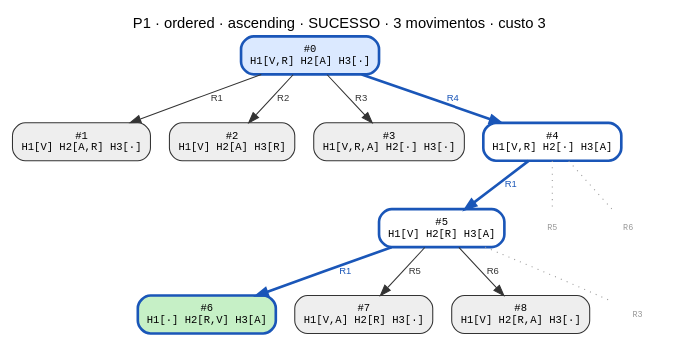
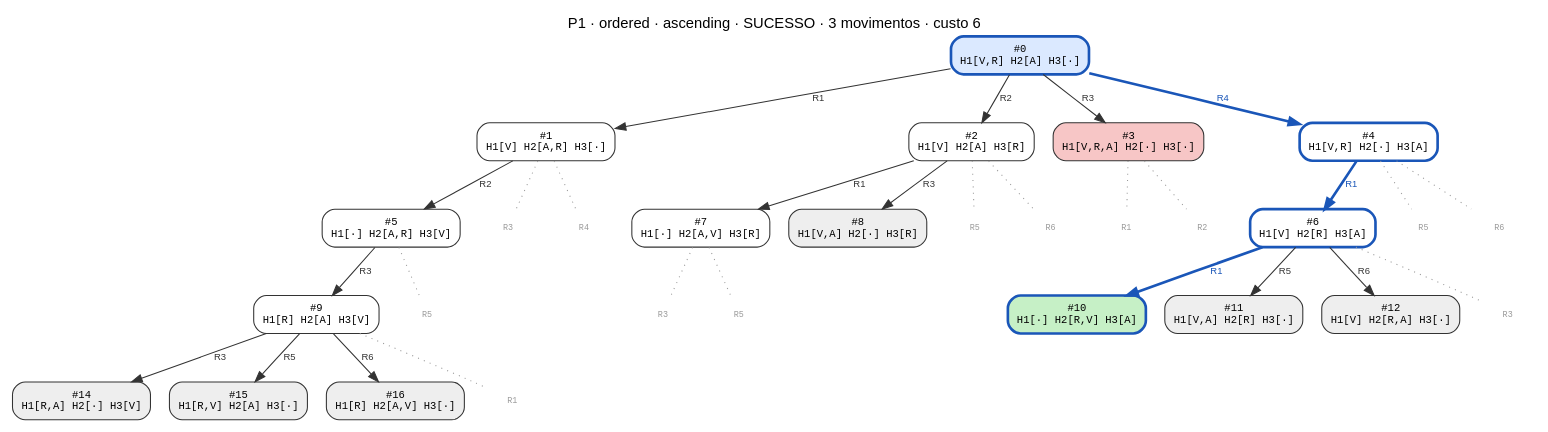
Before and after one commit to CharlesLB/dcc-014-trabalho-1: the diagram in data/P1/ordered_ascending.dot, drawn with Graphviz. The commit also changed 54 other files, not shown here.

```diff
--- a/data/P1/ordered_ascending.dot
+++ b/data/P1/ordered_ascending.dot
@@ -1,28 +1,62 @@
 digraph search {
-  label="P1 · ordered · ascending · SUCESSO · 3 movimentos · custo 3"; labelloc=t; fontname="Helvetica";
+  label="P1 · ordered · ascending · SUCESSO · 3 movimentos · custo 6"; labelloc=t; fontname="Helvetica";
   node [shape=box, style="rounded,filled", fontname="monospace", fontsize=10];
   edge [fontname="Helvetica", fontsize=9];
   n0 [label="#0\nH1[V,R] H2[A] H3[·]", fillcolor="#dbe9ff", color="#1a56b8", penwidth=2.5];
-  n1 [label="#1\nH1[V] H2[A,R] H3[·]", fillcolor="#eeeeee", color="#333333", penwidth=1];
+  n1 [label="#1\nH1[V] H2[A,R] H3[·]", fillcolor="#ffffff", color="#333333", penwidth=1];
   n0 -> n1 [label="R1", color="#333333", fontcolor="#333333", penwidth=1];
-  n2 [label="#2\nH1[V] H2[A] H3[R]", fillcolor="#eeeeee", color="#333333", penwidth=1];
+  n2 [label="#2\nH1[V] H2[A] H3[R]", fillcolor="#ffffff", color="#333333", penwidth=1];
   n0 -> n2 [label="R2", color="#333333", fontcolor="#333333", penwidth=1];
-  n3 [label="#3\nH1[V,R,A] H2[·] H3[·]", fillcolor="#eeeeee", color="#333333", penwidth=1];
+  n3 [label="#3\nH1[V,R,A] H2[·] H3[·]", fillcolor="#f7c6c6", color="#333333", penwidth=1];
   n0 -> n3 [label="R3", color="#333333", fontcolor="#333333", penwidth=1];
   n4 [label="#4\nH1[V,R] H2[·] H3[A]", fillcolor="#ffffff", color="#1a56b8", penwidth=2.5];
   n0 -> n4 [label="R4", color="#1a56b8", fontcolor="#1a56b8", penwidth=2.5];
-  n5 [label="#5\nH1[V] H2[R] H3[A]", fillcolor="#ffffff", color="#1a56b8", penwidth=2.5];
-  n4 -> n5 [label="R1", color="#1a56b8", fontcolor="#1a56b8", penwidth=2.5];
-  n6 [label="#6\nH1[·] H2[R,V] H3[A]", fillcolor="#c6f0c6", color="#1a56b8", penwidth=2.5];
-  n5 -> n6 [label="R1", color="#1a56b8", fontcolor="#1a56b8", penwidth=2.5];
-  n7 [label="#7\nH1[V,A] H2[R] H3[·]", fillcolor="#eeeeee", color="#333333", penwidth=1];
-  n5 -> n7 [label="R5", color="#333333", fontcolor="#333333", penwidth=1];
-  n8 [label="#8\nH1[V] H2[R,A] H3[·]", fillcolor="#eeeeee", color="#333333", penwidth=1];
-  n5 -> n8 [label="R6", color="#333333", fontcolor="#333333", penwidth=1];
+  n5 [label="#5\nH1[·] H2[A,R] H3[V]", fillcolor="#ffffff", color="#333333", penwidth=1];
+  n1 -> n5 [label="R2", color="#333333", fontcolor="#333333", penwidth=1];
+  n6 [label="#6\nH1[V] H2[R] H3[A]", fillcolor="#ffffff", color="#1a56b8", penwidth=2.5];
+  n4 -> n6 [label="R1", color="#1a56b8", fontcolor="#1a56b8", penwidth=2.5];
+  n7 [label="#7\nH1[·] H2[A,V] H3[R]", fillcolor="#ffffff", color="#333333", penwidth=1];
+  n2 -> n7 [label="R1", color="#333333", fontcolor="#333333", penwidth=1];
+  n8 [label="#8\nH1[V,A] H2[·] H3[R]", fillcolor="#eeeeee", color="#333333", penwidth=1];
+  n2 -> n8 [label="R3", color="#333333", fontcolor="#333333", penwidth=1];
+  n9 [label="#9\nH1[R] H2[A] H3[V]", fillcolor="#ffffff", color="#333333", penwidth=1];
+  n5 -> n9 [label="R3", color="#333333", fontcolor="#333333", penwidth=1];
+  n10 [label="#10\nH1[·] H2[R,V] H3[A]", fillcolor="#c6f0c6", color="#1a56b8", penwidth=2.5];
+  n6 -> n10 [label="R1", color="#1a56b8", fontcolor="#1a56b8", penwidth=2.5];
+  n11 [label="#11\nH1[V,A] H2[R] H3[·]", fillcolor="#eeeeee", color="#333333", penwidth=1];
+  n6 -> n11 [label="R5", color="#333333", fontcolor="#333333", penwidth=1];
+  n12 [label="#12\nH1[V] H2[R,A] H3[·]", fillcolor="#eeeeee", color="#333333", penwidth=1];
+  n6 -> n12 [label="R6", color="#333333", fontcolor="#333333", penwidth=1];
+  n14 [label="#14\nH1[R,A] H2[·] H3[V]", fillcolor="#eeeeee", color="#333333", penwidth=1];
+  n9 -> n14 [label="R3", color="#333333", fontcolor="#333333", penwidth=1];
+  n15 [label="#15\nH1[R,V] H2[A] H3[·]", fillcolor="#eeeeee", color="#333333", penwidth=1];
+  n9 -> n15 [label="R5", color="#333333", fontcolor="#333333", penwidth=1];
+  n16 [label="#16\nH1[R] H2[A,V] H3[·]", fillcolor="#eeeeee", color="#333333", penwidth=1];
+  n9 -> n16 [label="R6", color="#333333", fontcolor="#333333", penwidth=1];
+  p1_R3 [label="R3", shape=plaintext, style=solid, fontcolor="#999999", fontsize=8];
+  n1 -> p1_R3 [style=dotted, color="#999999", arrowhead=none];
+  p1_R4 [label="R4", shape=plaintext, style=solid, fontcolor="#999999", fontsize=8];
+  n1 -> p1_R4 [style=dotted, color="#999999", arrowhead=none];
+  p3_R1 [label="R1", shape=plaintext, style=solid, fontcolor="#999999", fontsize=8];
+  n3 -> p3_R1 [style=dotted, color="#999999", arrowhead=none];
+  p3_R2 [label="R2", shape=plaintext, style=solid, fontcolor="#999999", fontsize=8];
+  n3 -> p3_R2 [style=dotted, color="#999999", arrowhead=none];
   p4_R5 [label="R5", shape=plaintext, style=solid, fontcolor="#999999", fontsize=8];
   n4 -> p4_R5 [style=dotted, color="#999999", arrowhead=none];
   p4_R6 [label="R6", shape=plaintext, style=solid, fontcolor="#999999", fontsize=8];
   n4 -> p4_R6 [style=dotted, color="#999999", arrowhead=none];
-  p5_R3 [label="R3", shape=plaintext, style=solid, fontcolor="#999999", fontsize=8];
-  n5 -> p5_R3 [style=dotted, color="#999999", arrowhead=none];
+  p2_R5 [label="R5", shape=plaintext, style=solid, fontcolor="#999999", fontsize=8];
+  n2 -> p2_R5 [style=dotted, color="#999999", arrowhead=none];
+  p2_R6 [label="R6", shape=plaintext, style=solid, fontcolor="#999999", fontsize=8];
+  n2 -> p2_R6 [style=dotted, color="#999999", arrowhead=none];
+  p5_R5 [label="R5", shape=plaintext, style=solid, fontcolor="#999999", fontsize=8];
+  n5 -> p5_R5 [style=dotted, color="#999999", arrowhead=none];
+  p6_R3 [label="R3", shape=plaintext, style=solid, fontcolor="#999999", fontsize=8];
+  n6 -> p6_R3 [style=dotted, color="#999999", arrowhead=none];
+  p7_R3 [label="R3", shape=plaintext, style=solid, fontcolor="#999999", fontsize=8];
+  n7 -> p7_R3 [style=dotted, color="#999999", arrowhead=none];
+  p9_R1 [label="R1", shape=plaintext, style=solid, fontcolor="#999999", fontsize=8];
+  n9 -> p9_R1 [style=dotted, color="#999999", arrowhead=none];
+  p7_R5 [label="R5", shape=plaintext, style=solid, fontcolor="#999999", fontsize=8];
+  n7 -> p7_R5 [style=dotted, color="#999999", arrowhead=none];
 }
```
